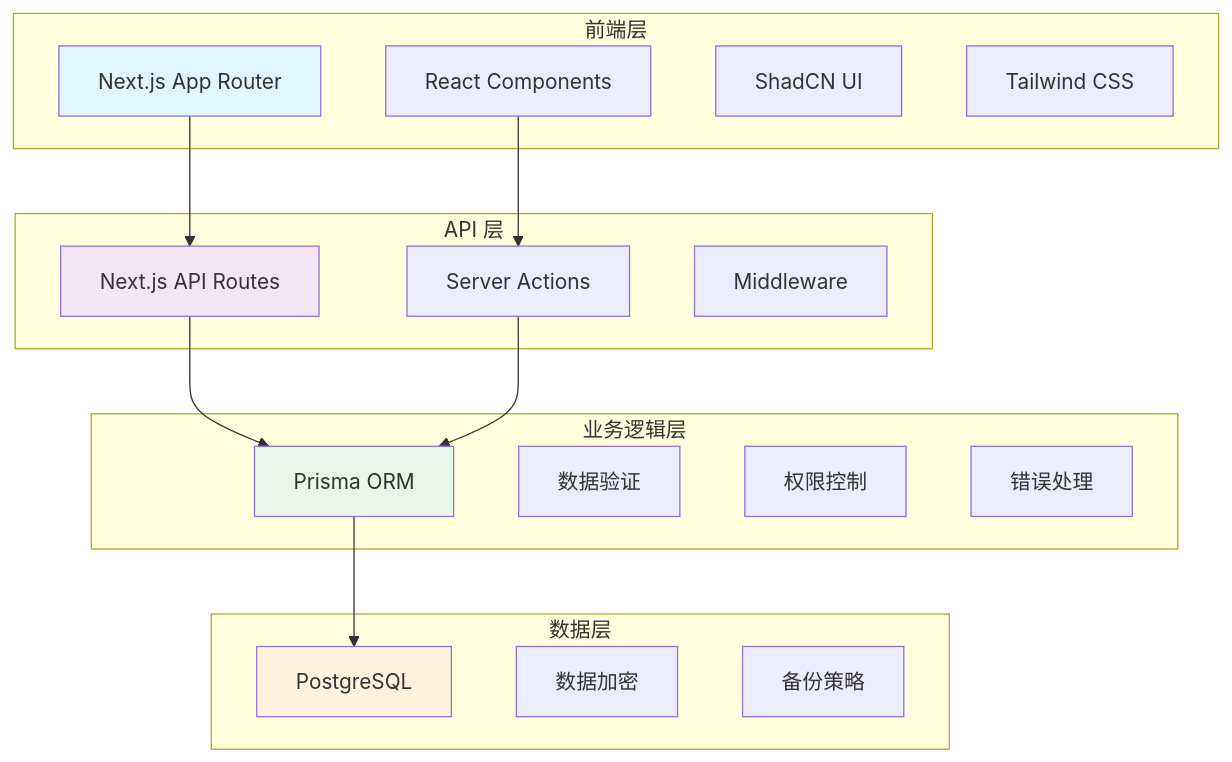
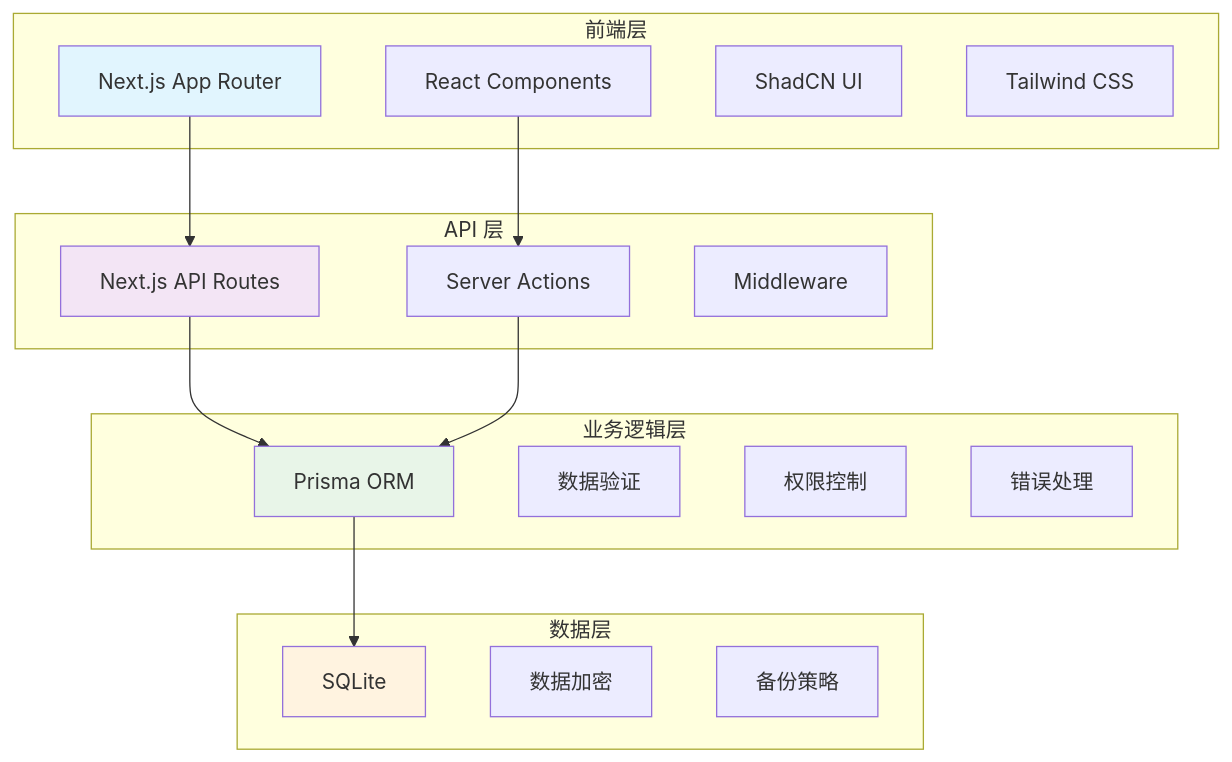
The second of 2 diagrams in README.md (jeerychao/studio), drawn with Mermaid before and after one commit. The commit also changed other lines of this file, not shown here.

````diff
--- a/README.md
+++ b/README.md
@@ -185,39 +185,39 @@
 ```mermaid
 graph TB
     subgraph "前端层"
         A[Next.js App Router]
         B[React Components]
         C[ShadCN UI]
         D[Tailwind CSS]
     end
-    
+
     subgraph "API 层"
         E[Next.js API Routes]
         F[Server Actions]
         G[Middleware]
     end
-    
+
     subgraph "业务逻辑层"
         H[Prisma ORM]
         I[数据验证]
         J[权限控制]
         K[错误处理]
     end
-    
+
     subgraph "数据层"
-        L[PostgreSQL]
+        L[SQLite]
         M[数据加密]
         N[备份策略]
     end
-    
+
     A --> E
     B --> F
     E --> H
     F --> H
     H --> L
-    
+
     style A fill:#e1f5fe
     style E fill:#f3e5f5
     style H fill:#e8f5e8
     style L fill:#fff3e0
 ```
````
